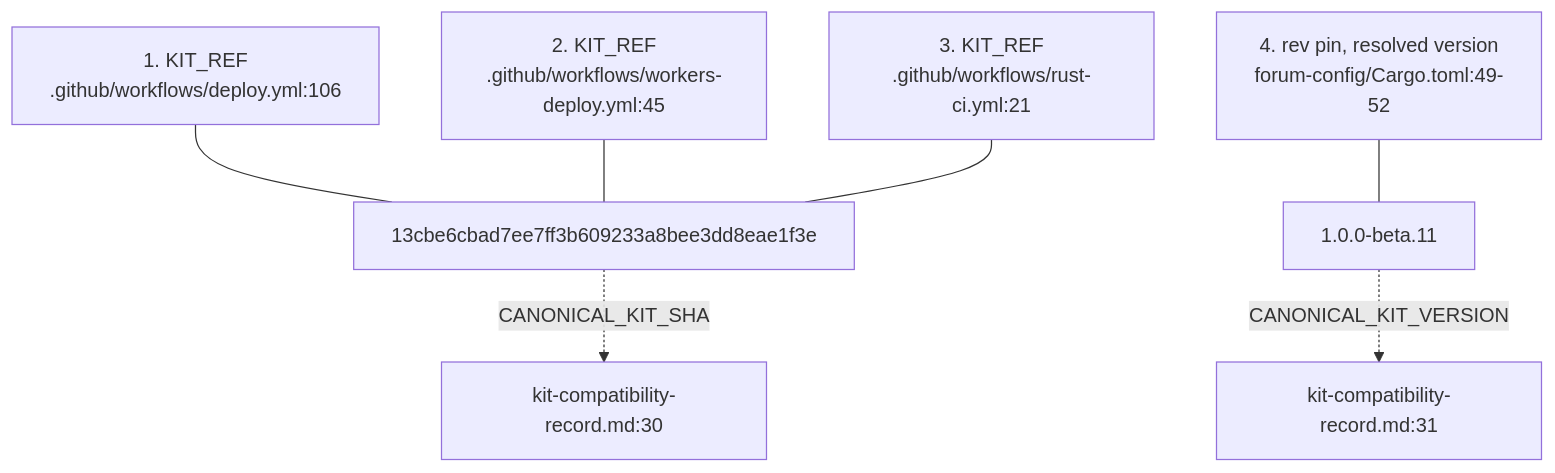
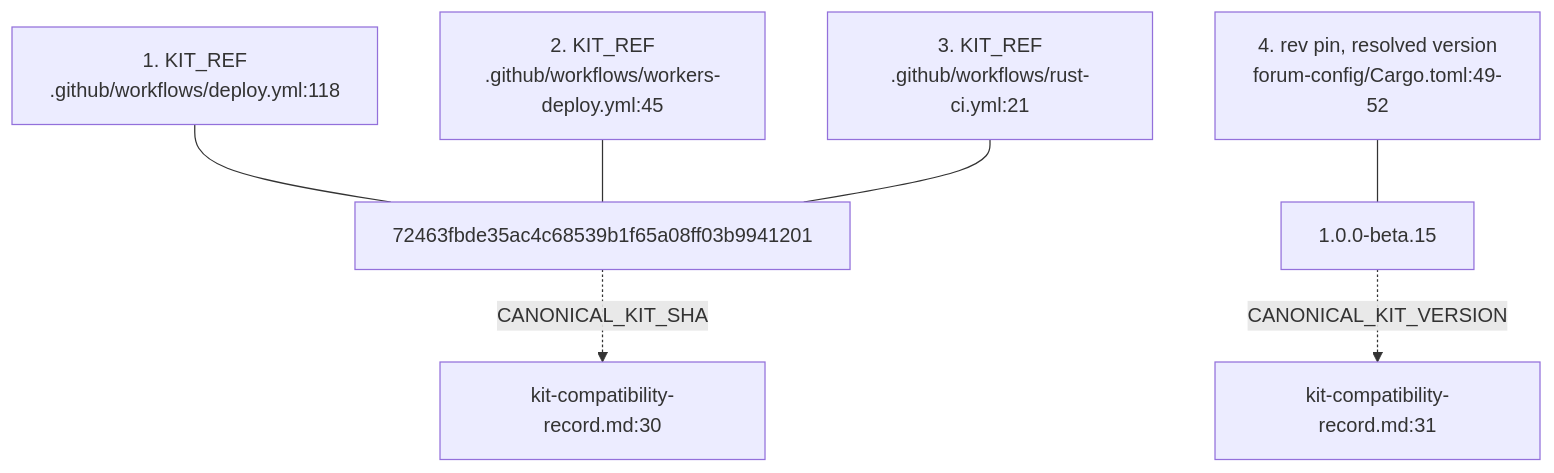
One commit to DreamLab-AI/VisionFlow changed the fourth of 7 diagrams in docs/diagrams/dreamlab-ai-website/01-repo-composition-and-deploy-topology.md. Above: the diagram before and after it, drawn with Mermaid. The commit also changed other lines of this file and 111 other files, not shown here.

Commit message:
docs(diagrams): align estate maps with current source

````diff
--- a/docs/diagrams/dreamlab-ai-website/01-repo-composition-and-deploy-topology.md
+++ b/docs/diagrams/dreamlab-ai-website/01-repo-composition-and-deploy-topology.md
@@ -63,9 +66,9 @@
 ```mermaid
 flowchart TB
-    A["1. KIT_REF<br/>.github/workflows/deploy.yml:106"] --- SHA["13cbe6cbad7ee7ff3b609233a8bee3dd8eae1f3e"]
+    A["1. KIT_REF<br/>.github/workflows/deploy.yml:118"] --- SHA["72463fbde35ac4c68539b1f65a08ff03b9941201"]
     B["2. KIT_REF<br/>.github/workflows/workers-deploy.yml:45"] --- SHA
     C["3. KIT_REF<br/>.github/workflows/rust-ci.yml:21"] --- SHA
-    D["4. rev pin, resolved version<br/>forum-config/Cargo.toml:49-52"] --- VER["1.0.0-beta.11"]
+    D["4. rev pin, resolved version<br/>forum-config/Cargo.toml:49-52"] --- VER["1.0.0-beta.15"]
     SHA -.->|"CANONICAL_KIT_SHA"| REC["kit-compatibility-record.md:30"]
     VER -.->|"CANONICAL_KIT_VERSION"| REC2["kit-compatibility-record.md:31"]
 ```
````
